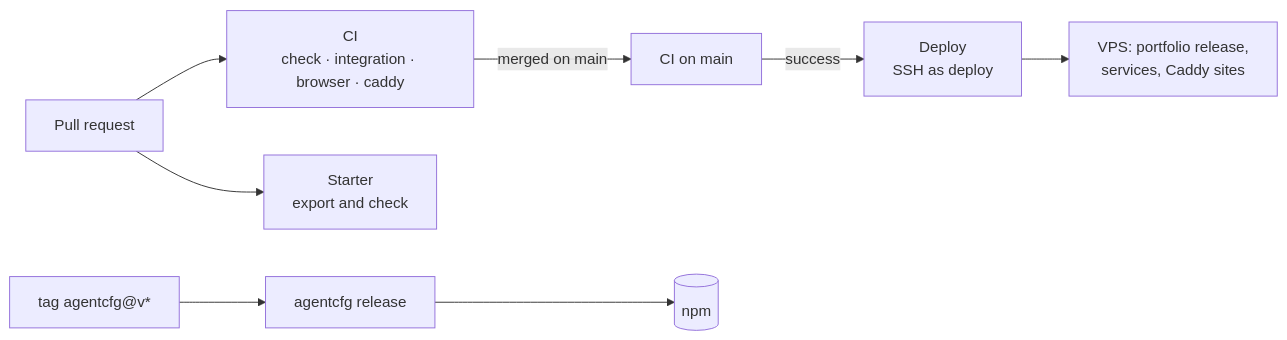
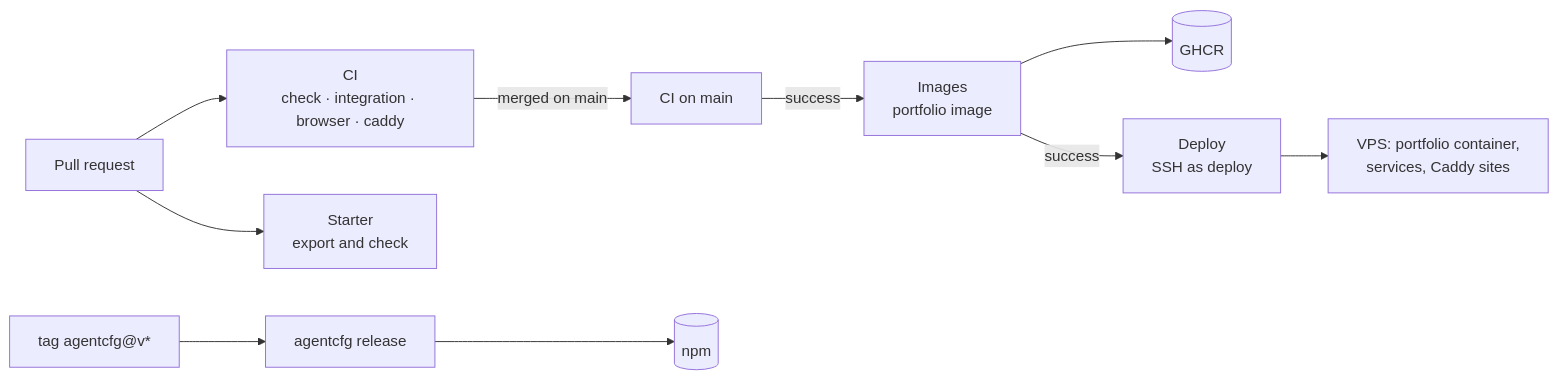
The second of 2 diagrams in docs/architecture.md (jleveneur/jleveneur), drawn with Mermaid before and after one commit. The commit also changed other lines of this file and 71 other files, not shown here.

````diff
--- a/docs/architecture.md
+++ b/docs/architecture.md
@@ -74,9 +78,11 @@
 ```mermaid
 flowchart LR
   pr[Pull request] --> ci["CI<br/>check · integration · browser · caddy"]
   pr --> starter["Starter<br/>export and check"]
   ci -->|merged on main| ci2[CI on main]
-  ci2 -->|success| deploy["Deploy<br/>SSH as deploy"]
-  deploy --> vps["VPS: portfolio release,<br/>services, Caddy sites"]
+  ci2 -->|success| images["Images<br/>portfolio image"]
+  images --> ghcr[(GHCR)]
+  images -->|success| deploy["Deploy<br/>SSH as deploy"]
+  deploy --> vps["VPS: portfolio container,<br/>services, Caddy sites"]
   tag["tag agentcfg@v*"] --> release["agentcfg release"] --> npm[(npm)]
 ```
````
